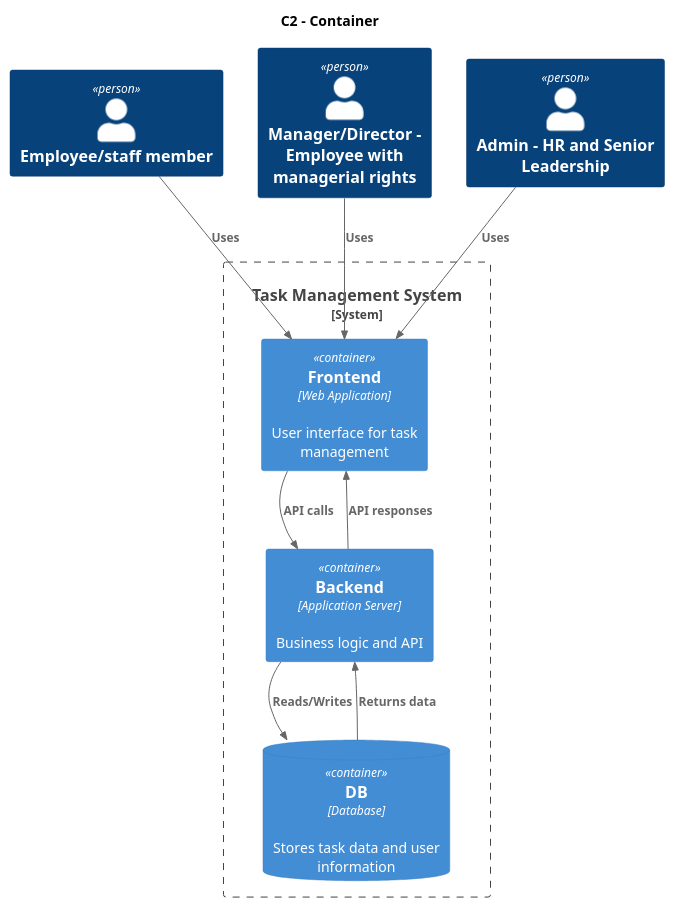
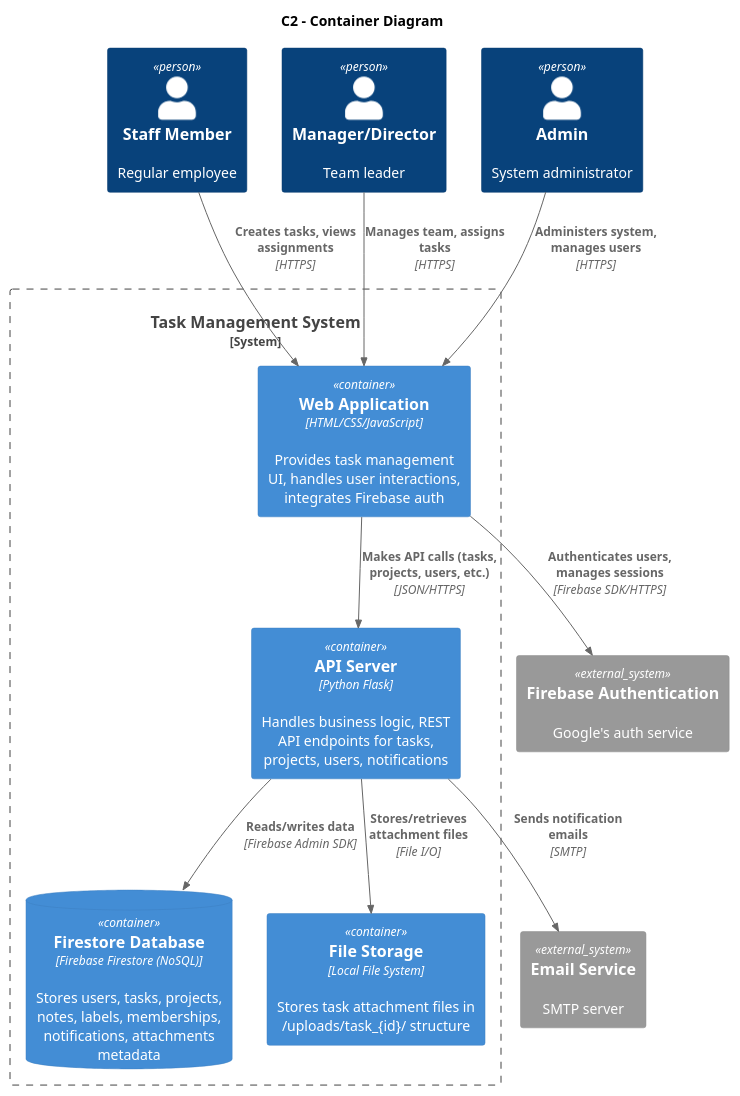
The diagram in plantuml/c2.puml (XavierTanMT/IS212---Software_Project_Management), drawn with PlantUML before and after one commit. The commit also changed 5 other files, not shown here.

Commit message:
UML/ Update Diagrams

```diff
--- a/plantuml/c2.puml
+++ b/plantuml/c2.puml
@@ -2,26 +2,30 @@
-@startuml c2.scale 1.5
-'scale 1.5 | scale 200 width | scale 100 height | scale [max] 200x100
+@startuml c2
 !include <C4/C4_Container>
 
-title C2 - Container
+title C2 - Container Diagram
 
-Person(employee, "Employee/staff member")
-Person(manager, "Manager/Director - Employee with managerial rights") 
-Person(admin, "Admin - HR and Senior Leadership")
+Person(staff, "Staff Member", "Regular employee")
+Person(manager, "Manager/Director", "Team leader")
+Person(admin, "Admin", "System administrator")
+
+System_Ext(firebaseAuth, "Firebase Authentication", "Google's auth service")
+System_Ext(emailService, "Email Service", "SMTP server")
 
 System_Boundary(taskSystem, "Task Management System") {
-    Container(frontend, "Frontend", "Web Application", "User interface for task management")
-    Container(backend, "Backend", "Application Server", "Business logic and API")
-    ContainerDb(db, "DB", "Database", "Stores task data and user information")
+    Container(webApp, "Web Application", "HTML/CSS/JavaScript", "Provides task management UI, handles user interactions, integrates Firebase auth")
+    Container(apiServer, "API Server", "Python Flask", "Handles business logic, REST API endpoints for tasks, projects, users, notifications")
+    ContainerDb(firestore, "Firestore Database", "Firebase Firestore (NoSQL)", "Stores users, tasks, projects, notes, labels, memberships, notifications, attachments metadata")
+    Container(fileStorage, "File Storage", "Local File System", "Stores task attachment files in /uploads/task_{id}/ structure")
 }
 
-Rel(employee, frontend, "Uses")
-Rel(manager, frontend, "Uses")
-Rel(admin, frontend, "Uses")
+Rel(staff, webApp, "Creates tasks, views assignments", "HTTPS")
+Rel(manager, webApp, "Manages team, assigns tasks", "HTTPS")
+Rel(admin, webApp, "Administers system, manages users", "HTTPS")
 
-Rel(frontend, backend, "API calls")
-Rel(backend, frontend, "API responses")
-Rel(backend, db, "Reads/Writes")
-Rel(db, backend, "Returns data")
+Rel(webApp, firebaseAuth, "Authenticates users, manages sessions", "Firebase SDK/HTTPS")
+Rel(webApp, apiServer, "Makes API calls (tasks, projects, users, etc.)", "JSON/HTTPS")
+Rel(apiServer, firestore, "Reads/writes data", "Firebase Admin SDK")
+Rel(apiServer, fileStorage, "Stores/retrieves attachment files", "File I/O")
+Rel(apiServer, emailService, "Sends notification emails", "SMTP")
 
 @enduml
```
